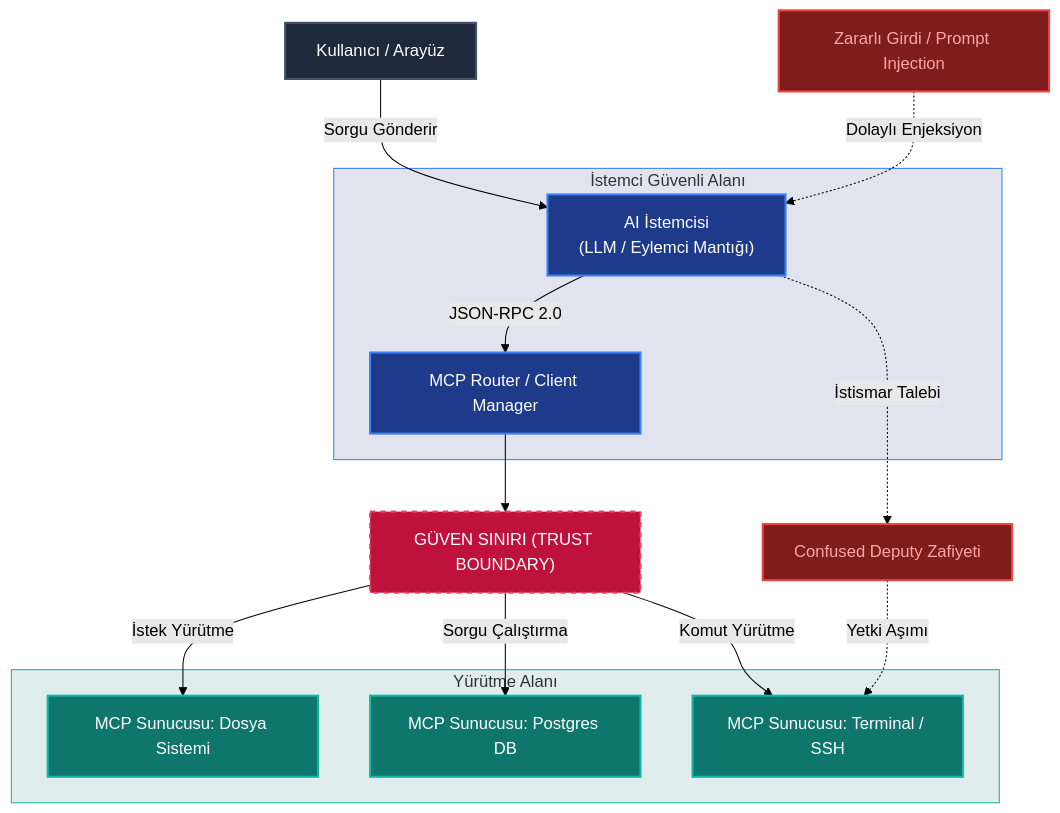
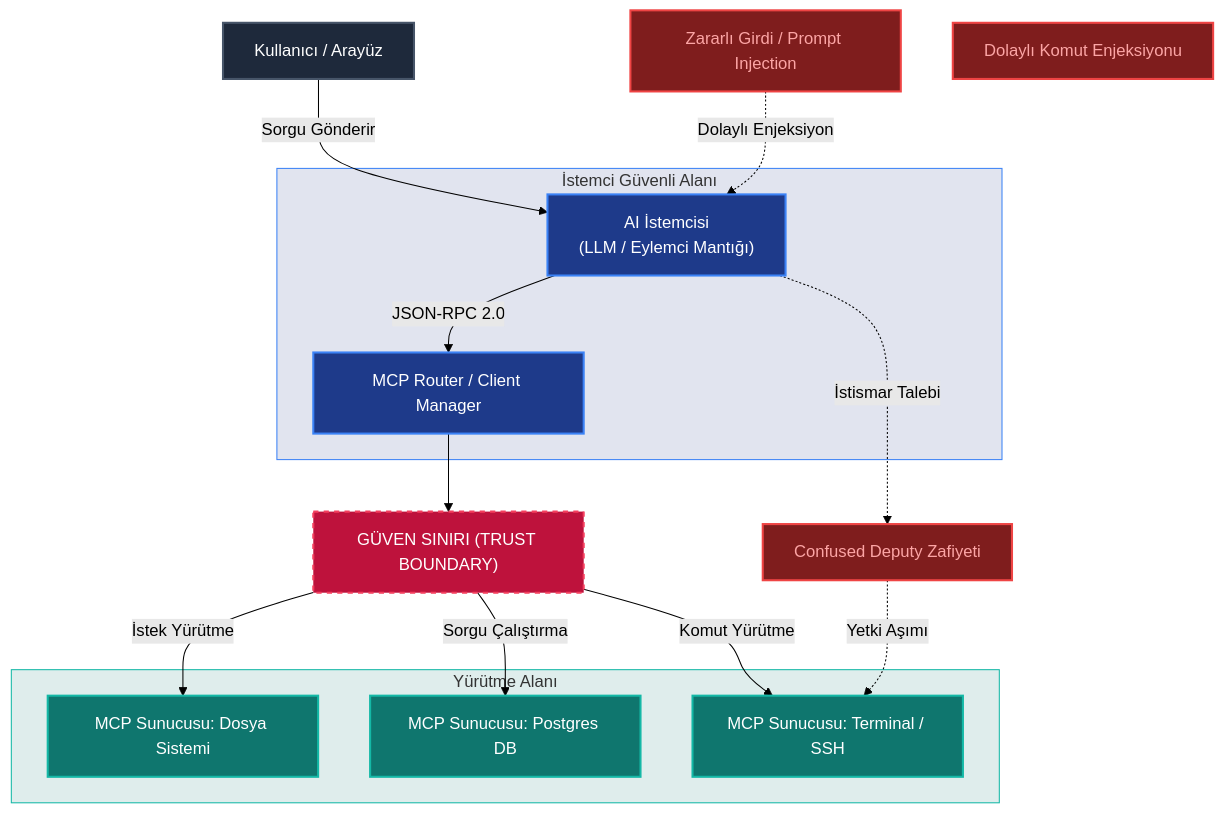
One commit to yusufarbc/yusufarbc changed the diagram in website/content/agentic-ai-protocols-security-vulnerabilities/tr.md. Above: the diagram before and after it, drawn with Mermaid (forest theme). The commit also changed other lines of this file and 112 other files, not shown here.

Commit message:
feat: add comprehensive documentation, research papers, and technical examples for MCP security protocols and architecture.

````diff
--- a/website/content/agentic-ai-protocols-security-vulnerabilities/tr.md
+++ b/website/content/agentic-ai-protocols-security-vulnerabilities/tr.md
@@ -23,44 +23,45 @@
 ```mermaid
 graph TD
     %% Styling
     classDef user fill:#1e293b,stroke:#475569,stroke-width:2px,color:#fff;
     classDef client fill:#1e3a8a,stroke:#3b82f6,stroke-width:2px,color:#fff;
     classDef boundary fill:#be123c,stroke:#f43f5e,stroke-width:2px,color:#fff,stroke-dasharray: 5 5;
     classDef server fill:#0f766e,stroke:#14b8a6,stroke-width:2px,color:#fff;
     classDef attack fill:#7f1d1d,stroke:#ef4444,stroke-width:2px,color:#fca5a5;
 
     User[Kullanıcı / Arayüz]:::user
     
     subgraph ClientZone [İstemci Güvenli Alanı]
         Client["AI İstemcisi <br/>(LLM / Eylemci Mantığı)"]:::client
         Router["MCP Router / Client Manager"]:::client
     end
 
     TB["GÜVEN SINIRI (TRUST BOUNDARY)"]:::boundary
 
     subgraph TargetZone [Yürütme Alanı]
         S_Env["MCP Sunucusu: Dosya Sistemi"]:::server
         S_Db["MCP Sunucusu: Postgres DB"]:::server
         S_Term["MCP Sunucusu: Terminal / SSH"]:::server
     end
 
     %% Saldırı Vektörleri
     Attacker["Zararlı Girdi / Prompt Injection"]:::attack
     Confused["Confused Deputy Zafiyeti"]:::attack
+    Confused2["Dolaylı Komut Enjeksiyonu"]:::attack
 
     %% İletişim Akışı
     User -->|Sorgu Gönderir| Client
     Client -->|JSON-RPC 2.0| Router
     Router --> TB
     TB -->|İstek Yürütme| S_Env
     TB -->|Sorgu Çalıştırma| S_Db
     TB -->|Komut Yürütme| S_Term
 
     %% Saldırı Etkileşimi
     Attacker -.->|Dolaylı Enjeksiyon| Client
     Client -.->|İstismar Talebi| Confused
     Confused -.->|Yetki Aşımı| S_Term
 
     style ClientZone fill:#1e3a8a22,stroke:#3b82f6,stroke-width:1px
     style TargetZone fill:#0f766e22,stroke:#14b8a6,stroke-width:1px
 ```
````
